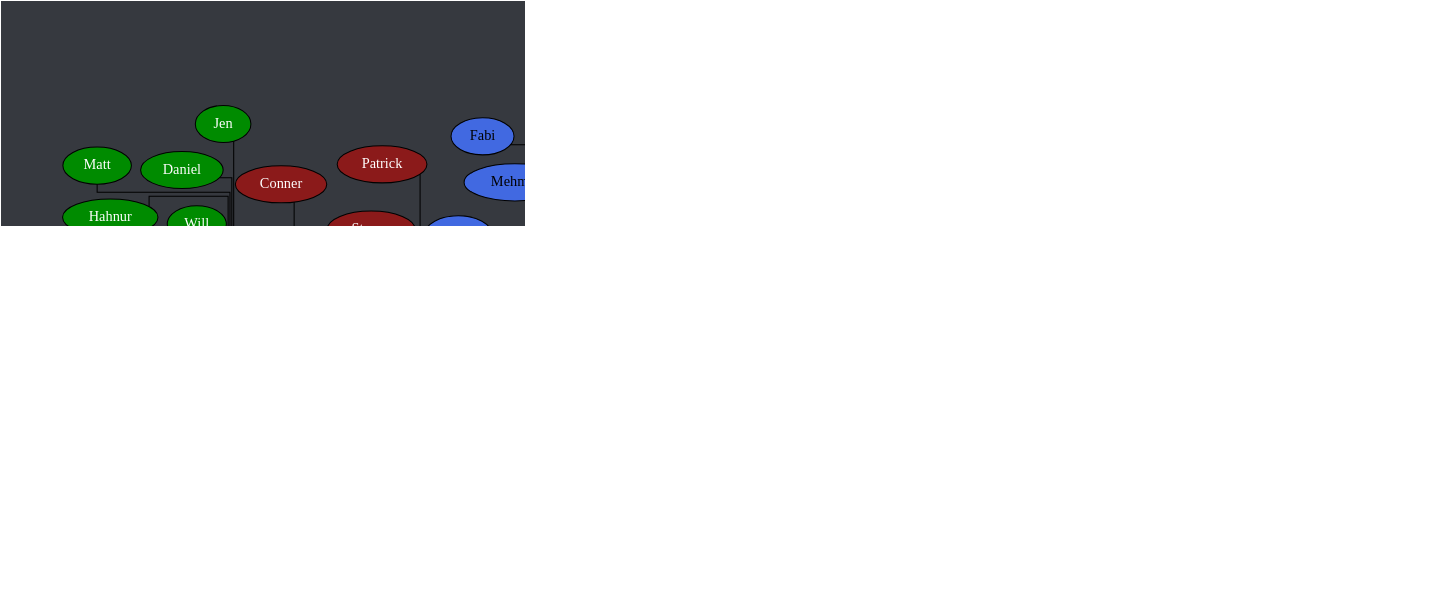
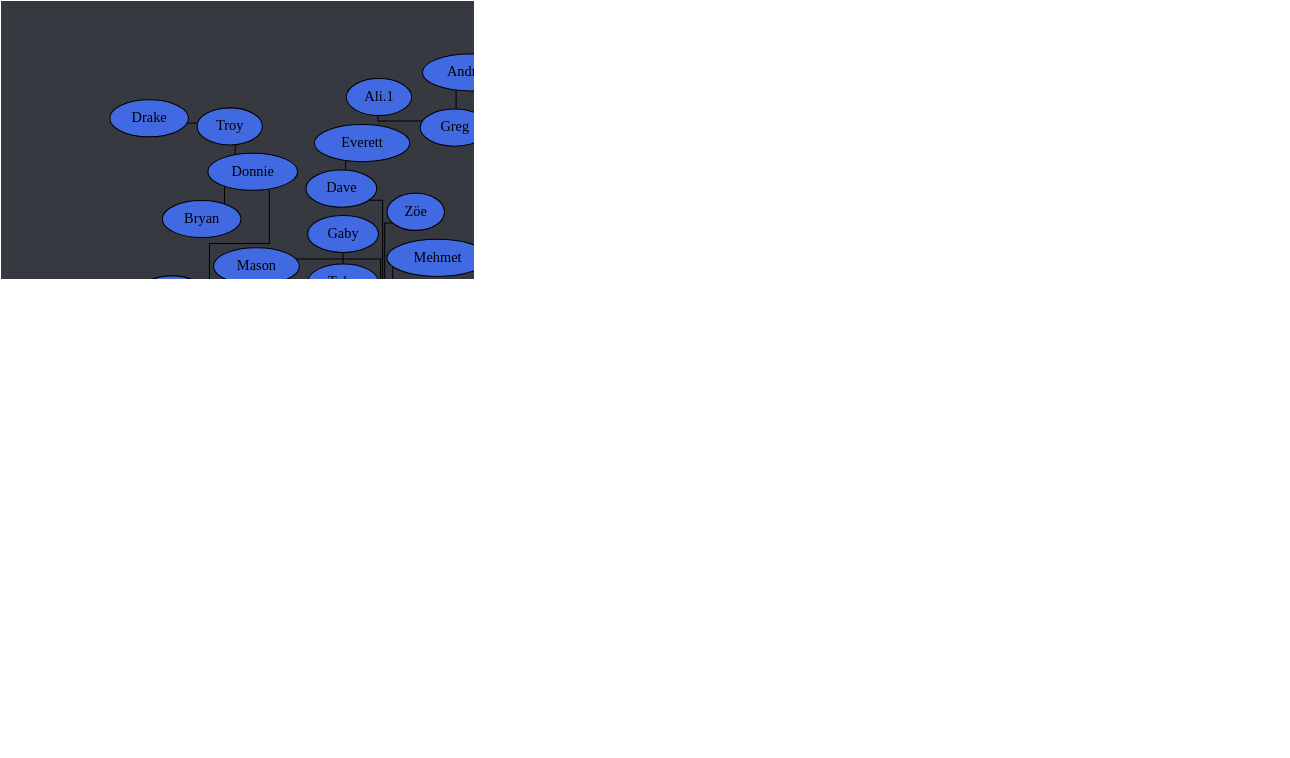
Before and after one commit to Documidas/CoronaCatzFamilyTree: the diagram in tree.dot, drawn with Graphviz. The commit also changed 1 other file, not shown here.

Commit message:
Remove Rin, Isaiah

```diff
--- a/tree.dot
+++ b/tree.dot
@@ -1,159 +1,157 @@
 strict graph {
 	// Layout Configuration
 	layout = neato;
 	dpi = 200;
 	epsilon = 0.01;
 	mode = major;
 	model = subset;
 	overlap = false;
 	splines = ortho;
 	start = rand;
 
 	// Visual Configuration
 	graph [ truecolor=true bgcolor="#36393f" ];
 	node [ style=filled fillcolor="gray" fontcolor="black" ];
 
 	subgraph "Joel" {
 		node [ style=filled fillcolor="firebrick4" fontcolor="white" ];
 		Joel [ style=filled fillcolor="gold" fontcolor="black" ];
 
 		Cayla -- "Ali.2";
 		Cayla -- Jonathan;
 		Cayla -- Kate;
 		Cayla -- Ranger;
 		Joel -- Anders;
 		Joel -- Cayla;
 		Joel -- Conner;
 		Joel -- Jared;
 		Joel -- Kat;
 		Joel -- Patrick;
 		Joel -- Steven;
 		Joel -- Zach;
 	}
 
 	subgraph "Anders" {
 		node [ style=filled fillcolor="green4" fontcolor="white" ];
 		// Anders [ style=filled fillcolor="green4" fontcolor="white" ];
 
 		Anders -- Chiara;
 		Anders -- Cody;
 		Anders -- Daniel;
 		Anders -- "Derek/Yaupon";
 		Anders -- DJ;
 		Anders -- Hahnur;
 		Anders -- Jen;
 		Anders -- Matt;
 		Anders -- Solis;
 		Anders -- Will;
 		Anders -- Wyatt;
 	}
 
 	subgraph "Jared" {
 		node [ style=filled fillcolor="royalblue" fontcolor="black" ];
 		// Jared [ style=filled fillcolor="royalblue" fontcolor="black" ];
 
 		Andrew -- Hannah;
 		Dave -- Everett;
 		Donnie -- Bryan;
 		Donnie -- Troy;
 		Greg -- "Ali.1";
 		Greg -- Andrew;
 		Hannah -- Logan;
-		Isaiah -- "Jack.2";
 		Jared -- Brandi;
 		Jared -- Dave;
 		Jared -- Donnie;
 		Jared -- Fabi;
+		Jared -- "Jack.2";
 		Jared -- Tyler;
 		Jared -- Greg;
 		Jared -- Isabelle;
 		Jared -- Mason;
 		Jared -- Mehmet;
 		Jared -- Nam;
-		Jared -- Rin;
 		Jared -- Spencer;
 		Jared -- "Zach/Laniakea";
 		Jared -- "Zöe";
 		Logan -- Raana;
-		Rin -- Isaiah;
 		Troy -- Drake;
 		Tyler -- Gaby;
 	}
 
 	subgraph "Zach/Laniakea" {
 		node [ style=filled fillcolor="#4eff2c" fontcolor="black" ];
 		// "Zach/Laniakea" [ style=filled fillcolor="#4eff2c" fontcolor="black" ];
 
 		"Caio.2" -- "Kyle.1";
 		"Caio.2" -- Lucas;
 		"Zach/Laniakea" -- Allen;
 		"Zach/Laniakea" -- "Caio.2";
 		"Zach/Laniakea" -- Colin;
 		"Zach/Laniakea" -- John;
 		"Zach/Laniakea" -- Kevin;
 		"Zach/Laniakea" -- "Kyle.0";
 		"Zach/Laniakea" -- Mike;
 		"Zach/Laniakea" -- "Ryan.1";
 	}
 
 	subgraph "John" {
 		node [ style=filled fillcolor="#c89b3c" fontcolor="black" ];
 		// John [ style=filled fillcolor="#c89b3c" fontcolor="black" ];
 
 		Haber -- "Derek/Nomad";
 		John -- Anna;
 		John -- Emily;
 		John -- Haber;
 		John -- Jay;
 		John -- Jack;
 		John -- Lara;
 		John -- Monarch;
 		John -- "Oliger/Leanza";
 		John -- Thomas;
 	}
 
 	subgraph "John-stream" {
 		// node [ style=filled fillcolor="#9147ff" fontcolor="black" ];
 		node [ style=filled fillcolor="#c89b3c" fontcolor="black" ];
 
 		John -- "Michael/Wheezy";
 	}
 
 	subgraph "Thomas" {
 		node [ style=filled fillcolor="#b04900" fontcolor="black" ];
 		// Thomas [ style=filled fillcolor="#b04900" fontcolor="black" ];
 
 		Thomas -- Alex;
 		Thomas -- JD;
 		Thomas -- Josh;
 		Thomas -- Juan;
 		Thomas -- Taylor;
 		Thomas -- Tony;
 		Thomas -- Travis;
 	}
 
 	subgraph "Alex" {
 		node [ style=filled fillcolor="#6f2da8" fontcolor="white" ];
 		// Alex [ style=filled fillcolor="#6f2da8" fontcolor="black" ];
 
 		Alex -- "Alex/Blitt";
 		Alex -- "Da'Von";
 		Alex -- Sam;
 		"Alex/Blitt" -- Alan;
 		"Alex/Blitt" -- "Alex the 3rd";
 		"Alex/Blitt" -- Brian;
 		"Alex/Blitt" -- Carlos;
 		"Alex/Blitt" -- Chris;
 		"Alex/Blitt" -- Frank;
 		"Alex/Blitt" -- Gabe;
 		"Alex/Blitt" -- "Kyle.3";
 		"Alex/Blitt" -- "Ryan.2";
 		"Da'Von" -- Dalton;
 		"Da'Von" -- Kuri;
 		"Da'Von" -- Zellar;
 		Dalton -- Graysen;
 		Kuri -- Drew;
 		Kuri -- Jon;
 		Kuri -- Karma;
 	}
 }
```
